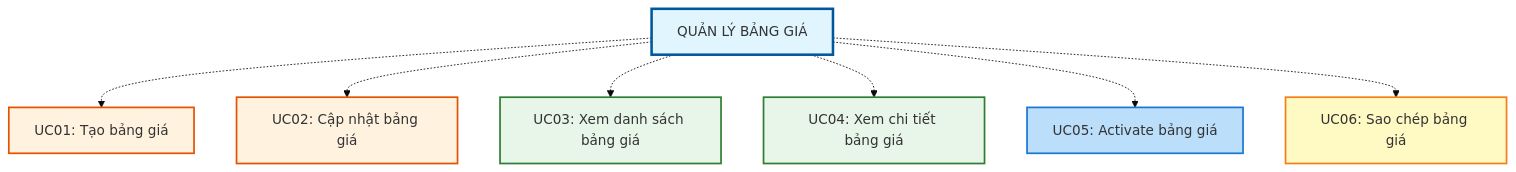
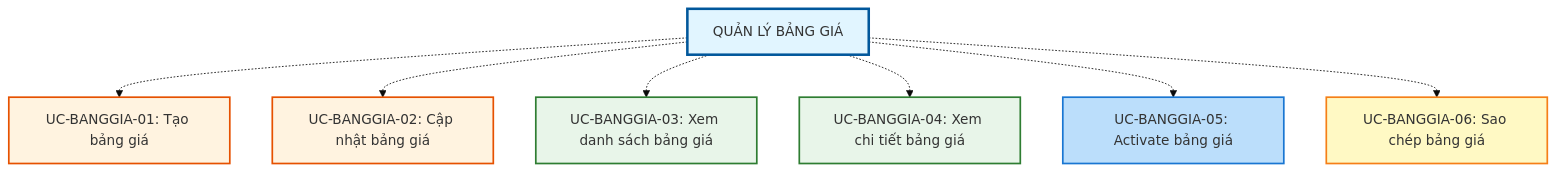
The second of 2 diagrams in BANG-GIA/TONG-QUAN.md (leonardodajarviis/pos-docs), drawn with Mermaid (base theme) before and after one commit. The commit also changed other lines of this file and 26 other files, not shown here.

````diff
--- a/BANG-GIA/TONG-QUAN.md
+++ b/BANG-GIA/TONG-QUAN.md
@@ -108,26 +122,26 @@
 ```mermaid
 flowchart TB
     title["QUẢN LÝ BẢNG GIÁ"]
     
-    UC01["UC01: Tạo bảng giá"]
-    UC02["UC02: Cập nhật bảng giá"]
-    UC03["UC03: Xem danh sách bảng giá"]
-    UC04["UC04: Xem chi tiết bảng giá"]
-    UC05["UC05: Activate bảng giá"]
-    UC06["UC06: Sao chép bảng giá"]
+    UC01["UC-BANGGIA-01: Tạo bảng giá"]
+    UC02["UC-BANGGIA-02: Cập nhật bảng giá"]
+    UC03["UC-BANGGIA-03: Xem danh sách bảng giá"]
+    UC04["UC-BANGGIA-04: Xem chi tiết bảng giá"]
+    UC05["UC-BANGGIA-05: Activate bảng giá"]
+    UC06["UC-BANGGIA-06: Sao chép bảng giá"]
     
     title -.-> UC01
     title -.-> UC02
     title -.-> UC03
     title -.-> UC04
     title -.-> UC05
     title -.-> UC06
     
     style title fill:#e1f5ff,stroke:#01579b,stroke-width:3px
     style UC01 fill:#fff3e0,stroke:#e65100,stroke-width:2px
     style UC02 fill:#fff3e0,stroke:#e65100,stroke-width:2px
     style UC03 fill:#e8f5e9,stroke:#2e7d32,stroke-width:2px
     style UC04 fill:#e8f5e9,stroke:#2e7d32,stroke-width:2px
     style UC05 fill:#bbdefb,stroke:#1976d2,stroke-width:2px
     style UC06 fill:#fff9c4,stroke:#f57f17,stroke-width:2px
 ```
````
